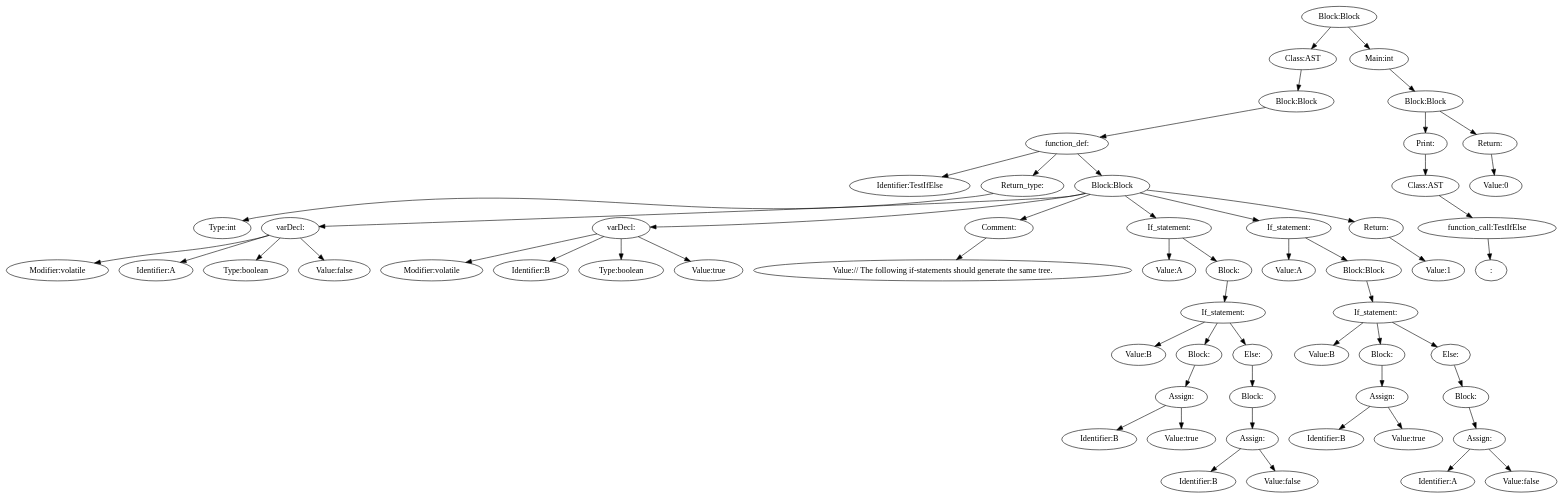
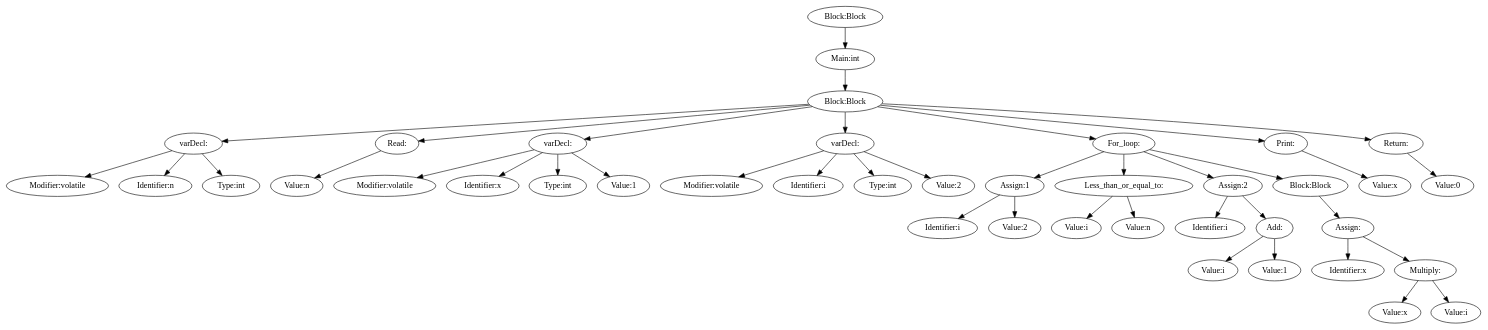
Before and after one commit to Elfving2/compiler_design_lab_1: the diagram in tree.dot, drawn with Graphviz. The commit also changed 17 other files, not shown here.

```diff
--- a/tree.dot
+++ b/tree.dot
@@ -1,117 +1,83 @@
 digraph {
 n0 [label="Block:Block"];
-n1 [label="Class:AST"];
+n1 [label="Main:int"];
 n2 [label="Block:Block"];
-n3 [label="function_def:"];
-n4 [label="Identifier:TestIfElse"];
+n3 [label="varDecl:"];
+n4 [label="Modifier:volatile"];
 n3 -> n4
-n5 [label="Return_type:"];
+n5 [label="Identifier:n"];
+n3 -> n5
 n6 [label="Type:int"];
-n5 -> n6
-n3 -> n5
-n7 [label="Block:Block"];
-n8 [label="varDecl:"];
-n9 [label="Modifier:volatile"];
-n8 -> n9
-n10 [label="Identifier:A"];
-n8 -> n10
-n11 [label="Type:boolean"];
-n8 -> n11
-n12 [label="Value:false"];
-n8 -> n12
+n3 -> n6
+n2 -> n3
+n7 [label="Read:"];
+n8 [label="Value:n"];
 n7 -> n8
-n13 [label="varDecl:"];
-n14 [label="Modifier:volatile"];
-n13 -> n14
-n15 [label="Identifier:B"];
-n13 -> n15
-n16 [label="Type:boolean"];
-n13 -> n16
-n17 [label="Value:true"];
-n13 -> n17
-n7 -> n13
-n18 [label="Comment:"];
-n19 [label="Value:// The following if-statements should generate the same tree."];
-n18 -> n19
-n7 -> n18
-n20 [label="If_statement:"];
-n21 [label="Value:A"];
+n2 -> n7
+n9 [label="varDecl:"];
+n10 [label="Modifier:volatile"];
+n9 -> n10
+n11 [label="Identifier:x"];
+n9 -> n11
+n12 [label="Type:int"];
+n9 -> n12
+n13 [label="Value:1"];
+n9 -> n13
+n2 -> n9
+n14 [label="varDecl:"];
+n15 [label="Modifier:volatile"];
+n14 -> n15
+n16 [label="Identifier:i"];
+n14 -> n16
+n17 [label="Type:int"];
+n14 -> n17
+n18 [label="Value:2"];
+n14 -> n18
+n2 -> n14
+n19 [label="For_loop:"];
+n20 [label="Assign:1"];
+n21 [label="Identifier:i"];
 n20 -> n21
-n22 [label="Block:"];
-n23 [label="If_statement:"];
-n24 [label="Value:B"];
+n22 [label="Value:2"];
+n20 -> n22
+n19 -> n20
+n23 [label="Less_than_or_equal_to:"];
+n24 [label="Value:i"];
 n23 -> n24
-n25 [label="Block:"];
-n26 [label="Assign:"];
-n27 [label="Identifier:B"];
+n25 [label="Value:n"];
+n23 -> n25
+n19 -> n23
+n26 [label="Assign:2"];
+n27 [label="Identifier:i"];
 n26 -> n27
-n28 [label="Value:true"];
+n28 [label="Add:"];
+n29 [label="Value:i"];
+n28 -> n29
+n30 [label="Value:1"];
+n28 -> n30
 n26 -> n28
-n25 -> n26
-n23 -> n25
-n29 [label="Else:"];
-n30 [label="Block:"];
-n31 [label="Assign:"];
-n32 [label="Identifier:B"];
+n19 -> n26
+n31 [label="Block:Block"];
+n32 [label="Assign:"];
+n33 [label="Identifier:x"];
+n32 -> n33
+n34 [label="Multiply:"];
+n35 [label="Value:x"];
+n34 -> n35
+n36 [label="Value:i"];
+n34 -> n36
+n32 -> n34
 n31 -> n32
-n33 [label="Value:false"];
-n31 -> n33
-n30 -> n31
-n29 -> n30
-n23 -> n29
-n22 -> n23
-n20 -> n22
-n7 -> n20
-n34 [label="If_statement:"];
-n35 [label="Value:A"];
-n34 -> n35
-n36 [label="Block:Block"];
-n37 [label="If_statement:"];
-n38 [label="Value:B"];
+n19 -> n31
+n2 -> n19
+n37 [label="Print:"];
+n38 [label="Value:x"];
 n37 -> n38
-n39 [label="Block:"];
-n40 [label="Assign:"];
-n41 [label="Identifier:B"];
-n40 -> n41
-n42 [label="Value:true"];
-n40 -> n42
+n2 -> n37
+n39 [label="Return:"];
+n40 [label="Value:0"];
 n39 -> n40
-n37 -> n39
-n43 [label="Else:"];
-n44 [label="Block:"];
-n45 [label="Assign:"];
-n46 [label="Identifier:A"];
-n45 -> n46
-n47 [label="Value:false"];
-n45 -> n47
-n44 -> n45
-n43 -> n44
-n37 -> n43
-n36 -> n37
-n34 -> n36
-n7 -> n34
-n48 [label="Return:"];
-n49 [label="Value:1"];
-n48 -> n49
-n7 -> n48
-n3 -> n7
-n2 -> n3
+n2 -> n39
 n1 -> n2
 n0 -> n1
-n50 [label="Main:int"];
-n51 [label="Block:Block"];
-n52 [label="Print:"];
-n53 [label="Class:AST"];
-n54 [label="function_call:TestIfElse"];
-n55 [label=":"];
-n54 -> n55
-n53 -> n54
-n52 -> n53
-n51 -> n52
-n56 [label="Return:"];
-n57 [label="Value:0"];
-n56 -> n57
-n51 -> n56
-n50 -> n51
-n0 -> n50
 }
```
